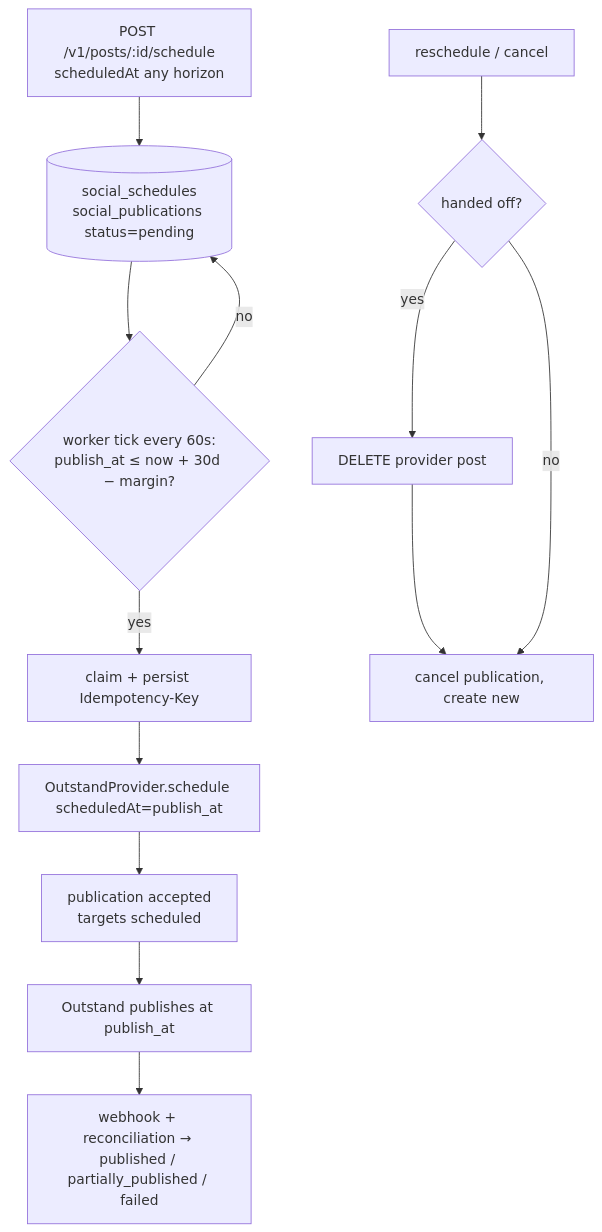
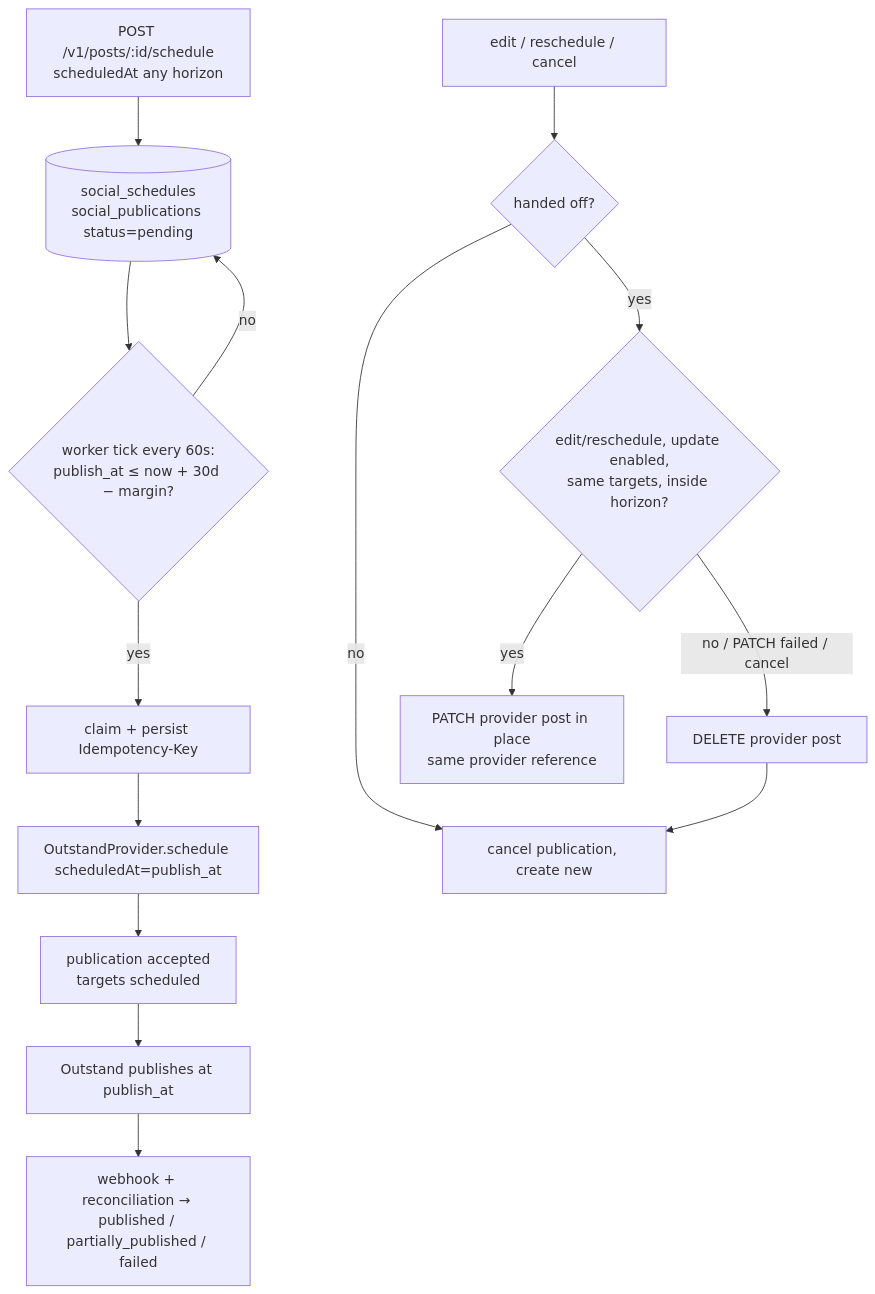
Before and after one commit to Zeptly/Social-Channels-Adaptor: the fourth of 6 diagrams in docs/ARCHITECTURE.md, drawn with Mermaid. The commit also changed 23 other files, not shown here.

First line of the commit message:
Adopt Outstand 2026-09 features: in-place post editing, Facebook Reels/Stories, Instagram AI disclosure, extra metrics

````diff
--- a/docs/ARCHITECTURE.md
+++ b/docs/ARCHITECTURE.md
@@ -107,14 +107,16 @@
 ```mermaid
 flowchart TD
   A[POST /v1/posts/:id/schedule<br/>scheduledAt any horizon] --> B[(social_schedules<br/>social_publications status=pending)]
   B --> C{worker tick every 60s:<br/>publish_at ≤ now + 30d − margin?}
   C -- no --> B
   C -- yes --> D[claim + persist Idempotency-Key]
   D --> E[OutstandProvider.schedule scheduledAt=publish_at]
   E --> F[publication accepted<br/>targets scheduled]
   F --> G[Outstand publishes at publish_at]
   G --> H[webhook + reconciliation → published / partially_published / failed]
-  A2[reschedule / cancel] --> I{handed off?}
-  I -- yes --> J[DELETE provider post] --> K[cancel publication, create new]
-  I -- no --> K
+  A2[edit / reschedule / cancel] --> I{handed off?}
+  I -- no --> K[cancel publication, create new]
+  I -- yes --> U{edit/reschedule, update enabled,<br/>same targets, inside horizon?}
+  U -- yes --> P[PATCH provider post in place<br/>same provider reference]
+  U -- "no / PATCH failed / cancel" --> J[DELETE provider post] --> K
 ```
````
